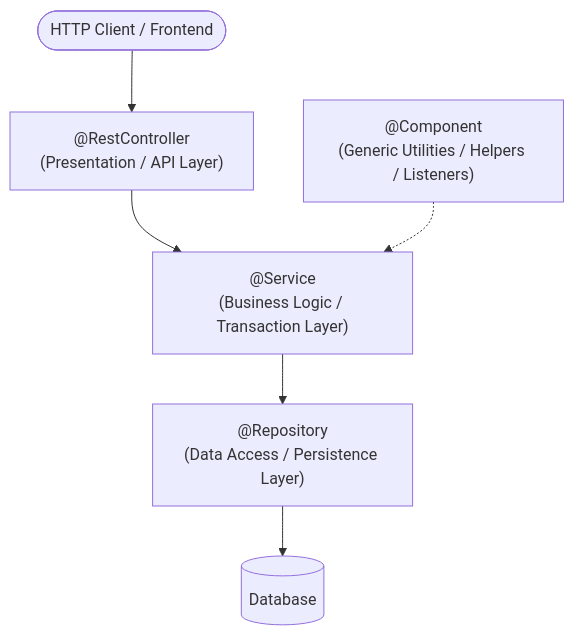
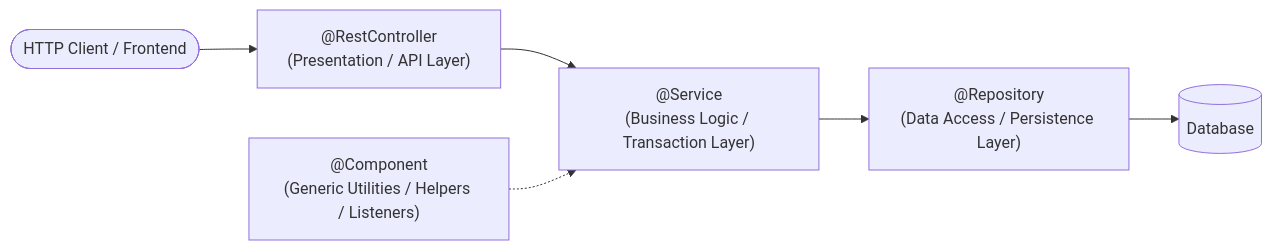
One commit to rohithgowda18/Notes changed the third of 26 diagrams in 06-Java-and-Spring-Boot/Spring Boot Interview Guide.md. Above: the diagram before and after it, drawn with Mermaid. The commit also changed other lines of this file and 15 other files, not shown here.

Commit message:
docs: audit Mermaid diagrams, optimize side-by-side layouts, and deduplicate DBMS advanced notes

````diff
--- a/06-Java-and-Spring-Boot/Spring Boot Interview Guide.md
+++ b/06-Java-and-Spring-Boot/Spring Boot Interview Guide.md
@@ -162,9 +164,9 @@
 ```mermaid
-flowchart TD
-    Client(["HTTP Client / Frontend"]) --> Controller["@RestController\n(Presentation / API Layer)"]
-    Controller --> Service["@Service\n(Business Logic / Transaction Layer)"]
-    Service --> Repo["@Repository\n(Data Access / Persistence Layer)"]
+flowchart LR
+    Client(["HTTP Client / Frontend"]) --> Controller["@RestController<br/>(Presentation / API Layer)"]
+    Controller --> Service["@Service<br/>(Business Logic / Transaction Layer)"]
+    Service --> Repo["@Repository<br/>(Data Access / Persistence Layer)"]
     Repo --> DB[("Database")]
 
-    Component["@Component\n(Generic Utilities / Helpers / Listeners)"] -.-> Service
+    Component["@Component<br/>(Generic Utilities / Helpers / Listeners)"] -.-> Service
 ```
````
